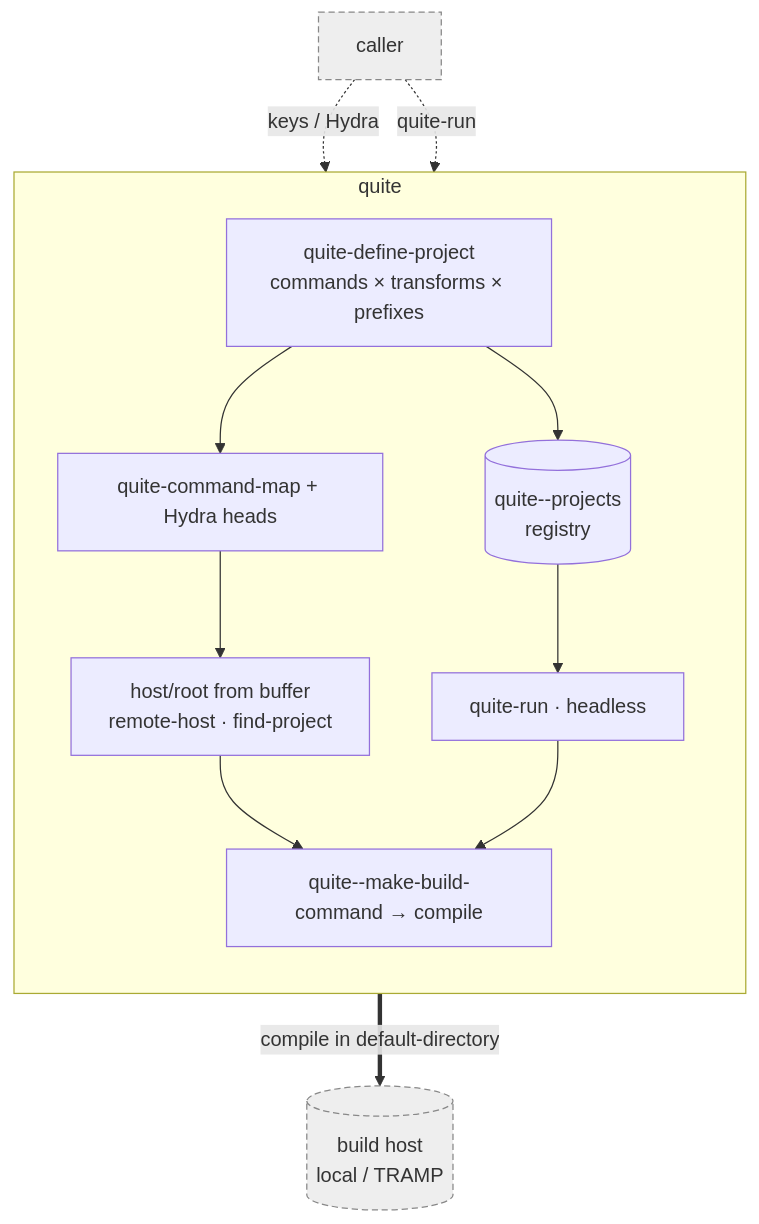
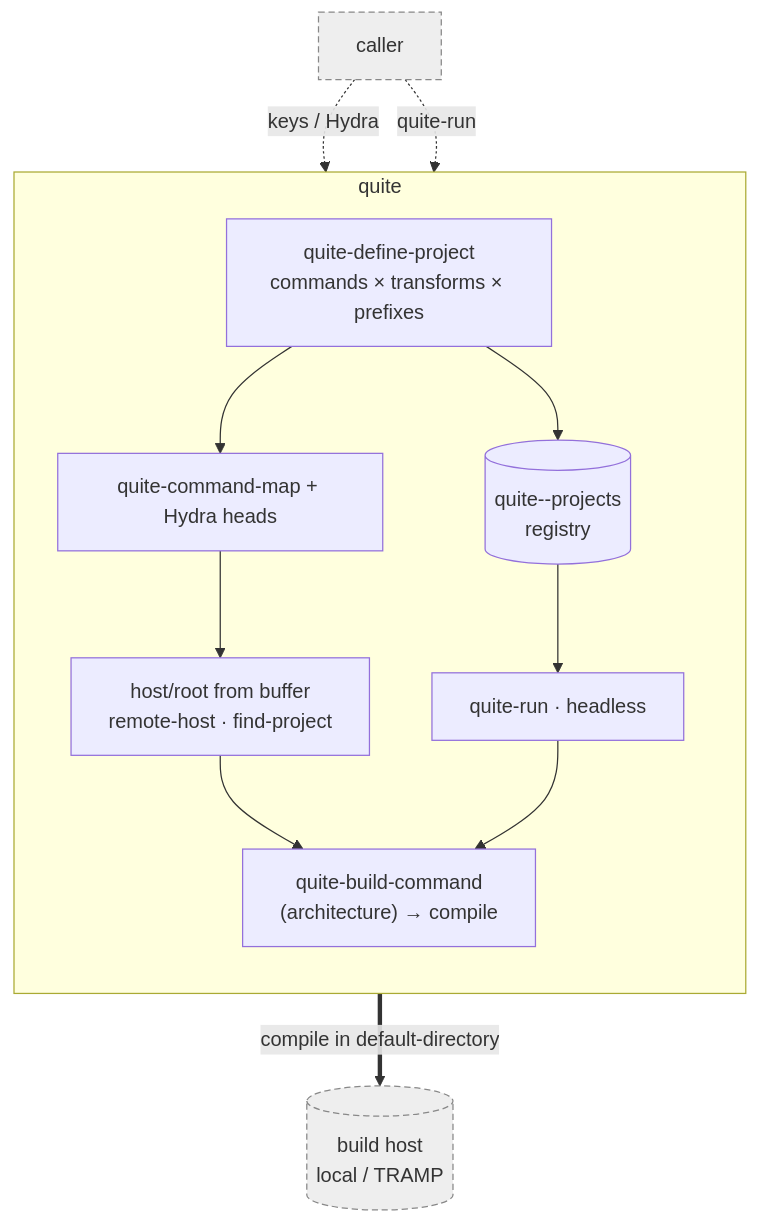
The diagram in CONTRIBUTING.md (greened/quite), drawn with Mermaid before and after one commit. The commit also changed other lines of this file and 4 other files, not shown here.

First line of the commit message:
Make the build architecture pluggable

````diff
--- a/CONTRIBUTING.md
+++ b/CONTRIBUTING.md
@@ -21,24 +21,24 @@
 ```mermaid
 flowchart TB
   subgraph quite
     direction TB
     DEF["quite-define-project<br/>commands × transforms × prefixes"]
     REG[("quite--projects<br/>registry")]
     MAP["quite-command-map + Hydra heads"]
     RUN["quite-run · headless"]
     CTX["host/root from buffer<br/>remote-host · find-project"]
-    CMD["quite--make-build-command → compile"]
+    CMD["quite-build-command<br/>(architecture) → compile"]
     DEF --> REG
     DEF --> MAP
     REG --> RUN
     MAP --> CTX --> CMD
     RUN --> CMD
   end
   CALLER["caller"]
   HOST[("build host<br/>local / TRAMP")]
   CALLER -. "keys / Hydra" .-> MAP
   CALLER -. "quite-run" .-> RUN
   CMD == "compile in default-directory" ==> HOST
   classDef ext fill:#eee,stroke:#888,stroke-dasharray:5 3;
   class CALLER,HOST ext;
 ```
````
